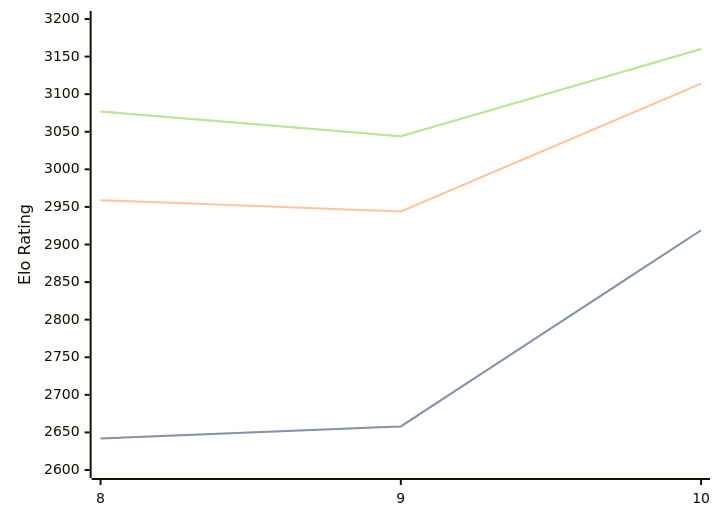
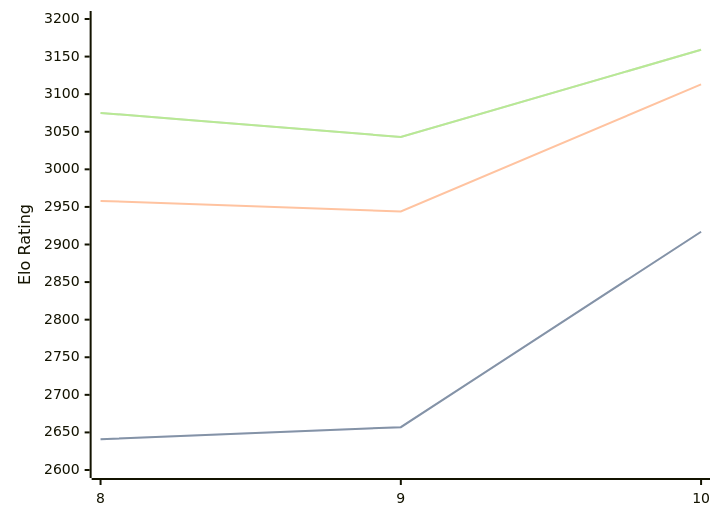
One commit to computer-chess-index/cci changed the diagram in engines/Lozza.md. Above: the diagram before and after it, drawn with Mermaid. The commit also changed other lines of this file, not shown here.

Commit message:
Update CCI Ratings (ELO VLTC) - 2026-03-08

````diff
--- a/engines/Lozza.md
+++ b/engines/Lozza.md
@@ -39,11 +39,11 @@
 ```mermaid
 %%{init: {"theme":"base","themeVariables":{"seriesColors:['#a3a3a3','#222221','#faa371']}}}%%
 xychart-beta
   x-axis ["8", "9", "10"]
   y-axis "Elo Rating" 2600 --> 3200
-  line "STC (8.0+0.08s)" [2642, 2658, 2919]
-  line "STC (8.0+0.08s)" [2642, 2658, 2919]
-  line "LTC (60.0+0.60s)" [2959, 2944, 3114]
-  line "VLTC (2m24s+1.12s)" [3077, 3044, 3160]
-  line "VLTC (2m24s+1.12s)" [3077, 3044, 3160]
+  line "STC (8.0+0.08s)" [2641, 2657, 2917]
+  line "STC (8.0+0.08s)" [2641, 2657, 2917]
+  line "LTC (60.0+0.60s)" [2958, 2944, 3113]
+  line "VLTC (2m24s+1.12s)" [3075, 3043, 3159]
+  line "VLTC (2m24s+1.12s)" [3075, 3043, 3159]
 ```
````
